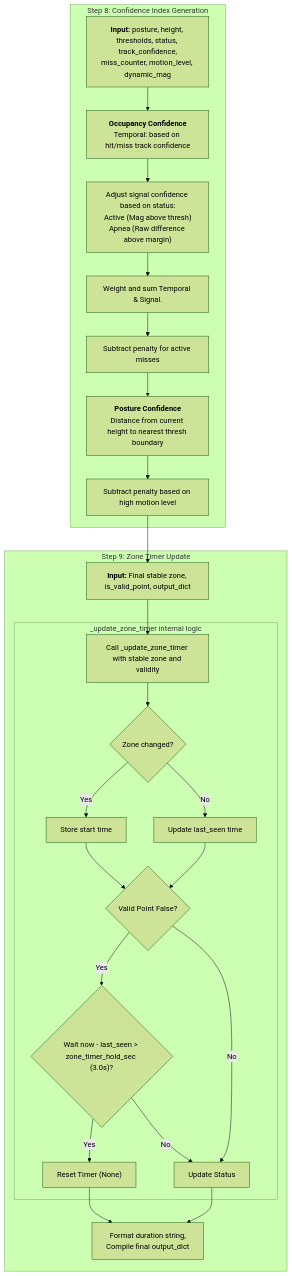
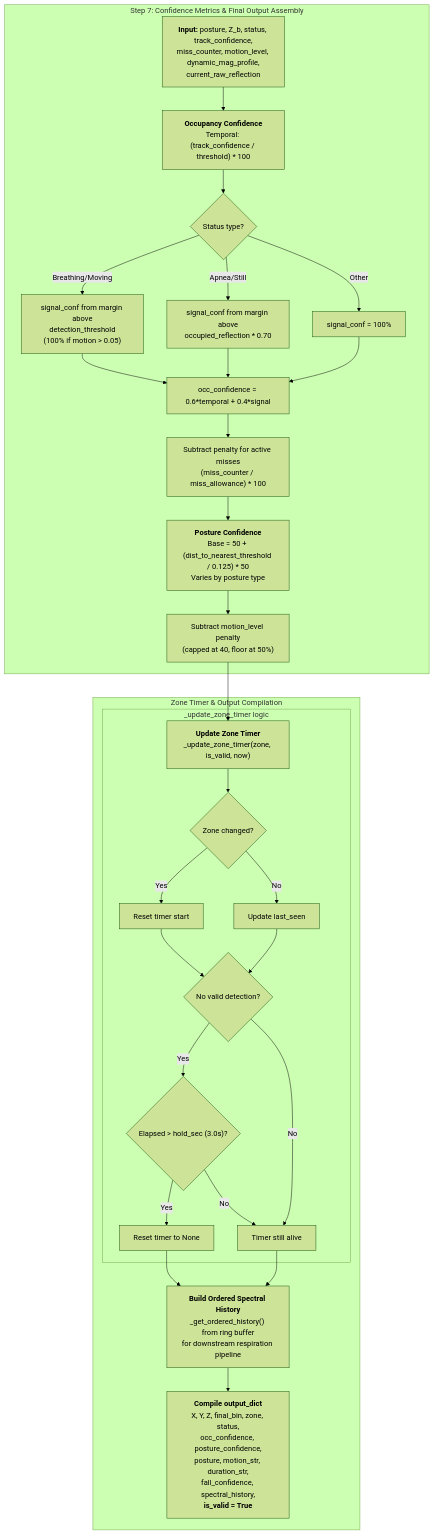
One commit to walidbrahim/activity_monitoting changed the diagram in docs/diagrams/activity_step8_9.mmd. Above: the diagram before and after it, drawn with Mermaid (forest theme). The commit also changed 24 other files, not shown here.

```diff
--- a/docs/diagrams/activity_step8_9.mmd
+++ b/docs/diagrams/activity_step8_9.mmd
@@ -1,35 +1,45 @@
 graph TD
-    subgraph "Step 8: Confidence Index Generation"
-        Input8["<b>Input:</b> posture, height, thresholds, status, track_confidence,<br/>miss_counter, motion_level, dynamic_mag"] --> OccConf
+    subgraph "Step 7: Confidence Metrics & Final Output Assembly"
+        Input7["<b>Input:</b> posture, Z_b, status, track_confidence,<br/>miss_counter, motion_level, dynamic_mag_profile,<br/>current_raw_reflection"] --> OccConf
         
-        OccConf["<b>Occupancy Confidence</b><br/>Temporal: based on hit/miss track confidence"]
-        OccConf --> OccSignal["Adjust signal confidence based on status:<br/>Active (Mag above thresh)<br/>Apnea (Raw difference above margin)"]
-        OccSignal --> OccFinal["Weight and sum Temporal & Signal."]
-        OccFinal --> OccPenalty["Subtract penalty for active misses"]
+        OccConf["<b>Occupancy Confidence</b><br/>Temporal: (track_confidence / threshold) * 100"]
+        OccConf --> OccSignal{"Status type?"}
+        OccSignal -- "Breathing/Moving" --> SigActive["signal_conf from margin above<br/>detection_threshold<br/>(100% if motion > 0.05)"]
+        OccSignal -- "Apnea/Still" --> SigApnea["signal_conf from margin above<br/>occupied_reflection * 0.70"]
+        OccSignal -- Other --> SigDefault["signal_conf = 100%"]
         
-        OccPenalty --> PostureConf["<b>Posture Confidence</b><br/>Distance from current height to nearest thresh boundary"]
-        PostureConf --> PosturePenalty["Subtract penalty based on high motion level"]
+        SigActive --> OccFinal["occ_confidence = 0.6*temporal + 0.4*signal"]
+        SigApnea --> OccFinal
+        SigDefault --> OccFinal
+        OccFinal --> OccPenalty["Subtract penalty for active misses<br/>(miss_counter / miss_allowance) * 100"]
+        
+        OccPenalty --> PostureConf["<b>Posture Confidence</b><br/>Base = 50 + (dist_to_nearest_threshold / 0.125) * 50<br/>Varies by posture type"]
+        PostureConf --> PosturePenalty["Subtract motion_level penalty<br/>(capped at 40, floor at 50%)"]
     end
     
-    PosturePenalty --> Input9["<b>Input:</b> Final stable zone, is_valid_point, output_dict"]
+    PosturePenalty --> ZoneTimer
     
-    subgraph "Step 9: Zone Timer Update"
-        Input9 --> CallTimer["Call _update_zone_timer with stable zone and validity"]
+    subgraph "Zone Timer & Output Compilation"
+        ZoneTimer["<b>Update Zone Timer</b><br/>_update_zone_timer(zone, is_valid, now)"]
         
-        subgraph "_update_zone_timer internal logic"
-            CallTimer --> New{"Zone changed?"}
-            New -- Yes --> StartT["Store start time"]
-            New -- No --> UpSeen["Update last_seen time"]
+        subgraph "_update_zone_timer logic"
+            ZoneTimer --> New{"Zone changed?"}
+            New -- Yes --> StartT["Reset timer start"]
+            New -- No --> UpSeen["Update last_seen"]
             
-            StartT --> Dropout{"Valid Point False?"}
+            StartT --> Dropout{"No valid detection?"}
             UpSeen --> Dropout
             
-            Dropout -- Yes --> Hold{"Wait now - last_seen > <br/>zone_timer_hold_sec (3.0s)?"}
-            Hold -- Yes --> KillTimer["Reset Timer (None)"]
-            Hold -- No --> OutputU
-            Dropout -- No --> OutputU["Update Status"]
+            Dropout -- Yes --> Hold{"Elapsed > hold_sec (3.0s)?"}
+            Hold -- Yes --> KillTimer["Reset timer to None"]
+            Hold -- No --> TimerOK["Timer still alive"]
+            Dropout -- No --> TimerOK
         end
         
-        KillTimer --> OutputFinalCompile
-        OutputU --> OutputFinalCompile["Format duration string,<br/>Compile final output_dict"]
+        KillTimer --> BuildOutput
+        TimerOK --> BuildOutput
+        
+        BuildOutput["<b>Build Ordered Spectral History</b><br/>_get_ordered_history() from ring buffer<br/>for downstream respiration pipeline"]
+        
+        BuildOutput --> OutputFinal["<b>Compile output_dict</b><br/>X, Y, Z, final_bin, zone, status,<br/>occ_confidence, posture_confidence,<br/>posture, motion_str, duration_str,<br/>fall_confidence, spectral_history,<br/><b>is_valid = True</b>"]
     end
```
